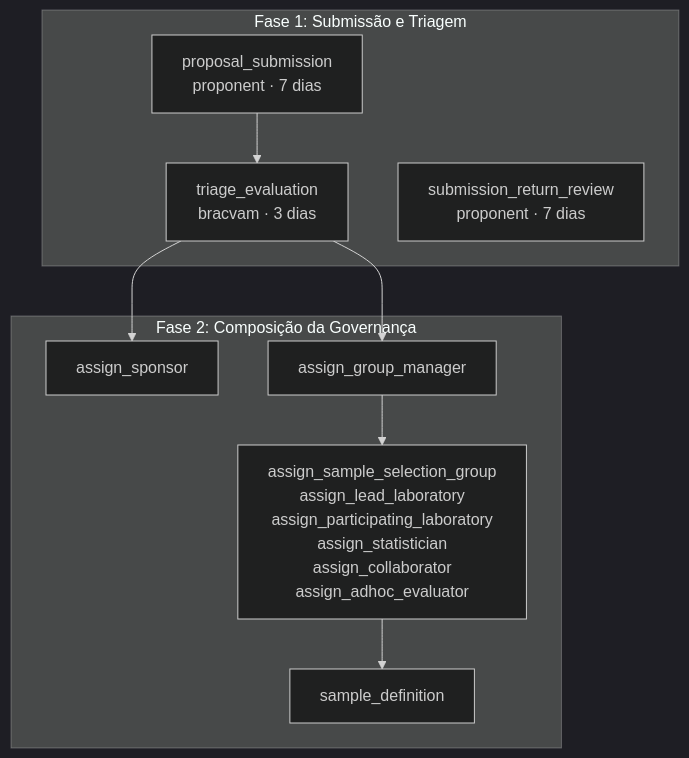
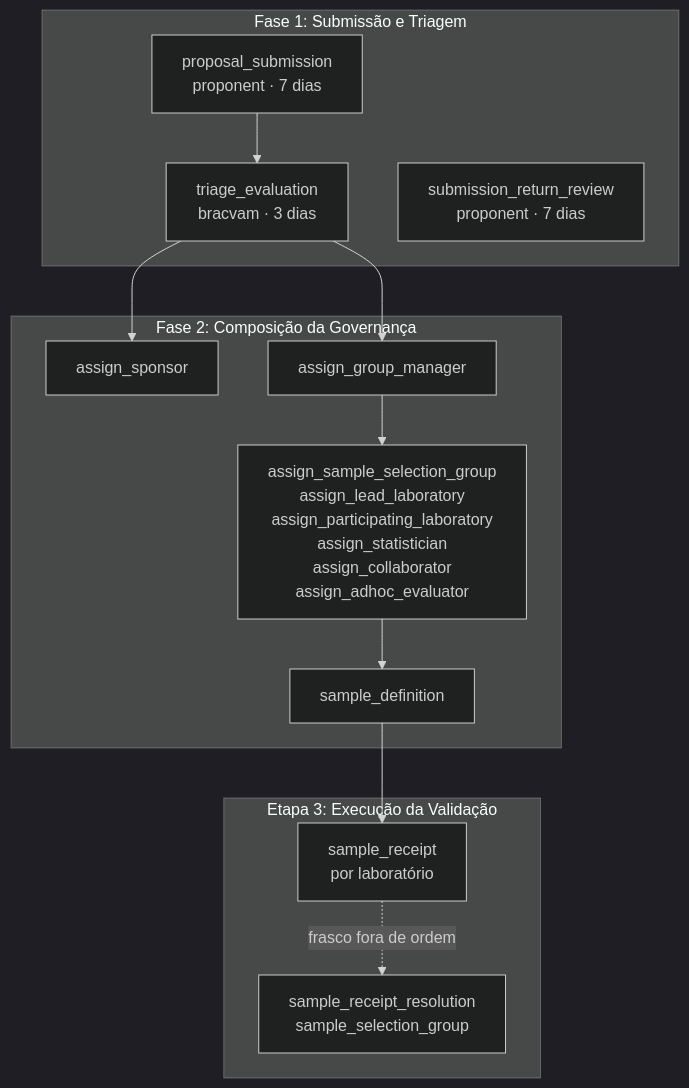
One commit to pivma-bracvam/pivma-back changed the diagram in manual/referencia/templates.md. Above: the diagram before and after it, drawn with Mermaid (dark theme). The commit also changed other lines of this file and 71 other files, not shown here.

````diff
--- a/manual/referencia/templates.md
+++ b/manual/referencia/templates.md
@@ -19,14 +19,20 @@
 ```mermaid
 flowchart TD
     subgraph F1[Fase 1: Submissão e Triagem]
         PS[proposal_submission<br/>proponent · 7 dias] --> TE[triage_evaluation<br/>bracvam · 3 dias]
         RR[submission_return_review<br/>proponent · 7 dias]
     end
     subgraph F2[Fase 2: Composição da Governança]
         AS[assign_sponsor]
         AG[assign_group_manager] --> AX[assign_sample_selection_group<br/>assign_lead_laboratory<br/>assign_participating_laboratory<br/>assign_statistician<br/>assign_collaborator<br/>assign_adhoc_evaluator]
         AX --> SD[sample_definition]
     end
+    subgraph F3[Etapa 3: Execução da Validação]
+        SR[sample_receipt<br/>por laboratório]
+        RS[sample_receipt_resolution<br/>sample_selection_group]
+    end
     TE --> AS
     TE --> AG
+    SD --> SR
+    SR -.->|frasco fora de ordem| RS
 ```
````
